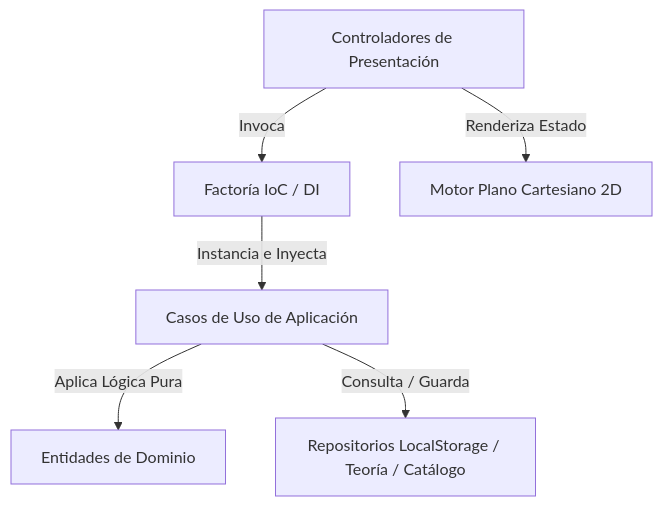
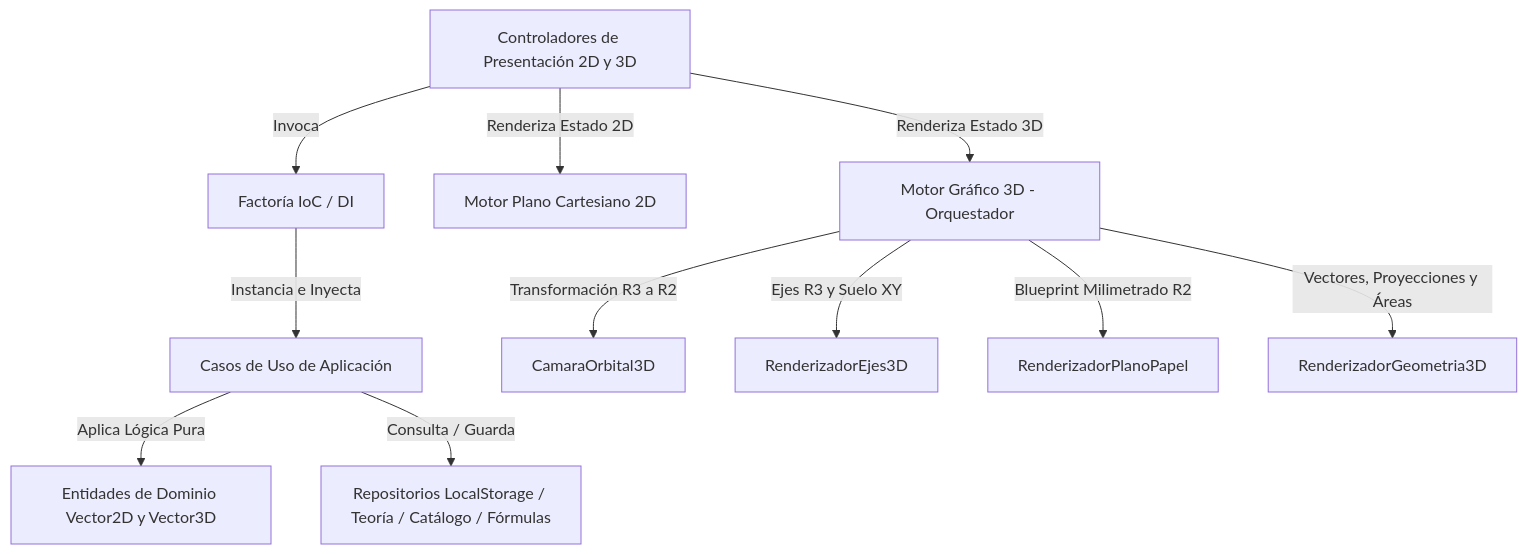
The diagram in README.md (jucagolddev/CalculadoraVectores), drawn with Mermaid before and after one commit. The commit also changed other lines of this file and 11 other files, not shown here.

Commit message:
refactor(motor-3d): modularizar pipeline 3D en submodulos especializados y centralizar formulas en dominio

````diff
--- a/README.md
+++ b/README.md
@@ -182,8 +182,13 @@
 ```mermaid
 graph TD
-    UI[Controladores de Presentación] -->|Invoca| DI[Factoría IoC / DI]
+    UI[Controladores de Presentación 2D y 3D] -->|Invoca| DI[Factoría IoC / DI]
     DI -->|Instancia e Inyecta| UC[Casos de Uso de Aplicación]
-    UC -->|Aplica Lógica Pura| DOM[Entidades de Dominio]
-    UC -->|Consulta / Guarda| REPO[Repositorios LocalStorage / Teoría / Catálogo]
-    UI -->|Renderiza Estado| CANVAS[Motor Plano Cartesiano 2D]
+    UC -->|Aplica Lógica Pura| DOM[Entidades de Dominio Vector2D y Vector3D]
+    UC -->|Consulta / Guarda| REPO[Repositorios LocalStorage / Teoría / Catálogo / Fórmulas]
+    UI -->|Renderiza Estado 2D| CANVAS2D[Motor Plano Cartesiano 2D]
+    UI -->|Renderiza Estado 3D| CANVAS3D[Motor Gráfico 3D - Orquestador]
+    CANVAS3D -->|Transformación R3 a R2| CAM[CamaraOrbital3D]
+    CANVAS3D -->|Ejes R3 y Suelo XY| EJES[RenderizadorEjes3D]
+    CANVAS3D -->|Blueprint Milimetrado R2| PAPEL[RenderizadorPlanoPapel]
+    CANVAS3D -->|Vectores, Proyecciones y Áreas| GEOM[RenderizadorGeometria3D]
 ```
````
